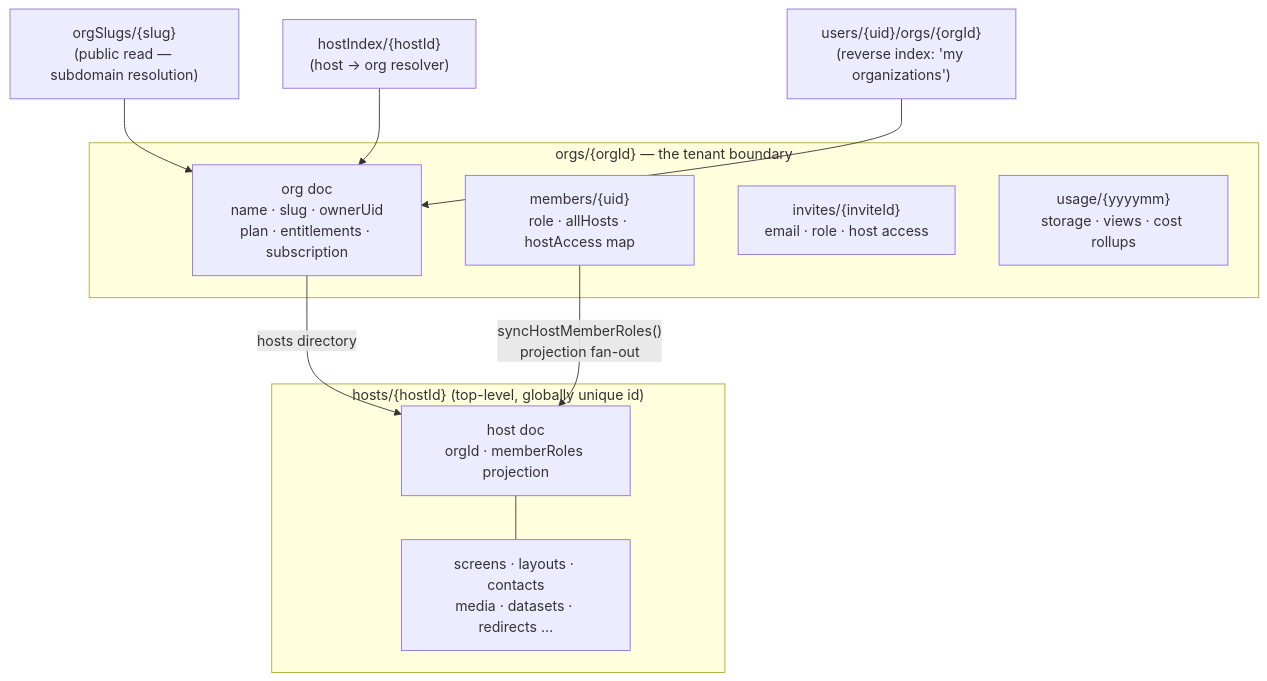
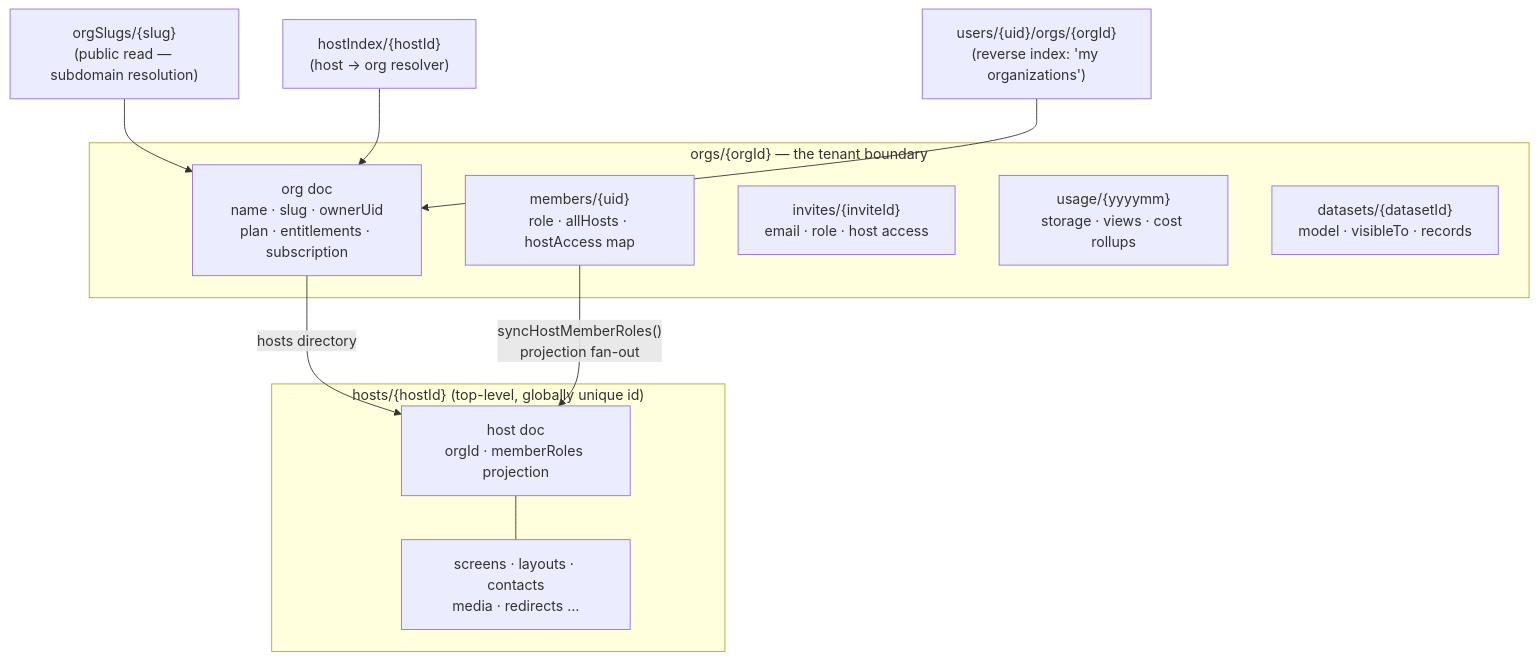
Before and after one commit to aglyn/aglyn: the first of 5 diagrams in apps/docs/docs/staff-console/architecture-multi-tenancy.md, drawn with Mermaid. The commit also changed 18 other files, not shown here.

````diff
--- a/apps/docs/docs/staff-console/architecture-multi-tenancy.md
+++ b/apps/docs/docs/staff-console/architecture-multi-tenancy.md
@@ -26,22 +26,23 @@
 ```mermaid
 graph TD
   subgraph ORG ["orgs/#lcub;orgId#rcub; — the tenant boundary"]
     O["org doc<br/>name · slug · ownerUid<br/>plan · entitlements · subscription"]
     M["members/#lcub;uid#rcub;<br/>role · allHosts · hostAccess map"]
     I["invites/#lcub;inviteId#rcub;<br/>email · role · host access"]
     U["usage/#lcub;yyyymm#rcub;<br/>storage · views · cost rollups"]
+    DS["datasets/#lcub;datasetId#rcub;<br/>model · visibleTo · records"]
   end
 
   SLUG["orgSlugs/#lcub;slug#rcub;<br/>(public read — subdomain resolution)"] --> O
   HIDX["hostIndex/#lcub;hostId#rcub;<br/>(host → org resolver)"] --> O
   RIDX["users/#lcub;uid#rcub;/orgs/#lcub;orgId#rcub;<br/>(reverse index: 'my organizations')"] --> O
 
   subgraph HOST ["hosts/#lcub;hostId#rcub; (top-level, globally unique id)"]
     H["host doc<br/>orgId · memberRoles projection"]
-    HC["screens · layouts · contacts<br/>media · datasets · redirects …"]
+    HC["screens · layouts · contacts<br/>media · redirects …"]
   end
 
   O -- "hosts directory" --> H
   M -- "syncHostMemberRoles()<br/>projection fan-out" --> H
   H --- HC
 ```
````
